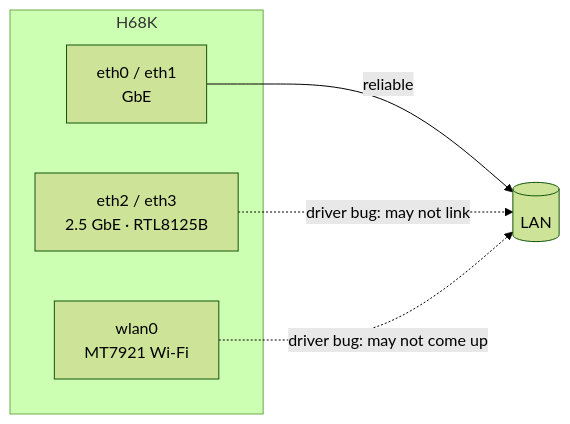
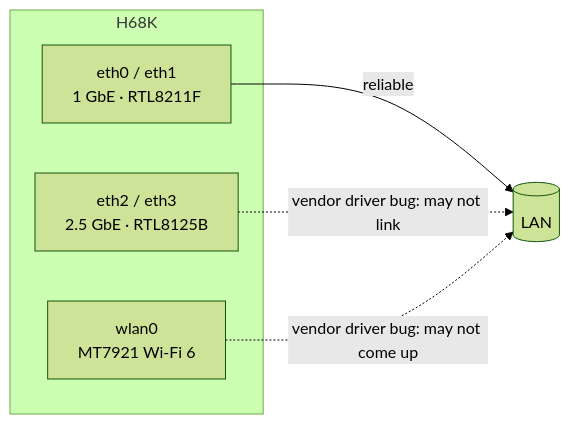
The diagram in docs/hardware.md (bgorzelic/linkstar-h68k), drawn with Mermaid (forest theme) before and after one commit. The commit also changed other lines of this file and 7 other files, not shown here.

````diff
--- a/docs/hardware.md
+++ b/docs/hardware.md
@@ -45,11 +57,11 @@
 ```mermaid
 flowchart LR
   subgraph H68K
-    NIC1["eth0 / eth1<br/>GbE"]
-    NIC2["eth2 / eth3<br/>2.5 GbE · RTL8125B"]
-    WIFI["wlan0<br/>MT7921 Wi-Fi"]
+    G["eth0 / eth1<br/>1 GbE · RTL8211F"]
+    T["eth2 / eth3<br/>2.5 GbE · RTL8125B"]
+    W["wlan0<br/>MT7921 Wi-Fi 6"]
   end
-  NIC1 -->|reliable| LAN[(LAN)]
-  NIC2 -.->|driver bug: may not link| LAN
-  WIFI -.->|driver bug: may not come up| LAN
+  G -->|reliable| LAN[(LAN)]
+  T -.->|vendor driver bug: may not link| LAN
+  W -.->|vendor driver bug: may not come up| LAN
 ```
````
